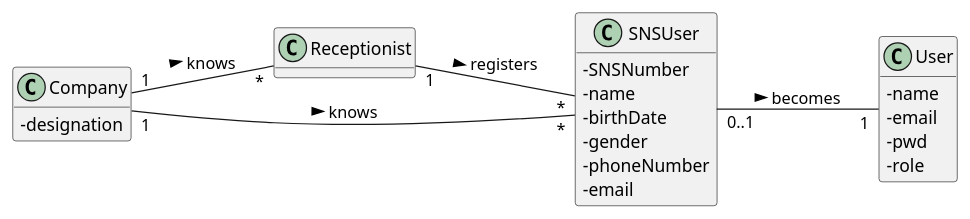
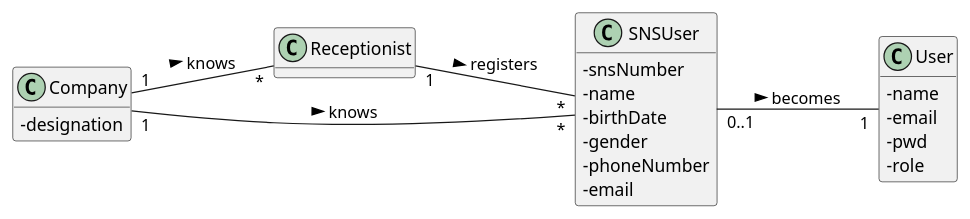
Before and after one commit to miseEnPlace-i/lapr2: the diagram in docs/SprintB/US03/DM/US03_DM.puml, drawn with PlantUML. The commit also changed 3 other files, not shown here.

Commit message:
docs(US03): update CD & D; export diagrams

```diff
--- a/docs/SprintB/US03/DM/US03_DM.puml
+++ b/docs/SprintB/US03/DM/US03_DM.puml
@@ -1,34 +1,33 @@
 @startuml Domain Model
 hide methods
 left to right direction
 skinparam classAttributeIconSize 0
 
-class Receptionist {
-}
+class Receptionist { }
 
 class SNSUser {
-  - SNSNumber
+  - snsNumber
   - name
   - birthDate
   - gender
   - phoneNumber
   - email
 }
 
 class Company {
   - designation
 }
 
 class User {
   - name
   - email
   - pwd
   - role
 }
 
 Receptionist "1" -- "*" SNSUser : registers >
 Company "1" -- "*" Receptionist : knows >
 Company "1" -- "*" SNSUser : knows >
 SNSUser "0..1" -- "1" User : becomes >
 
 @enduml
```
